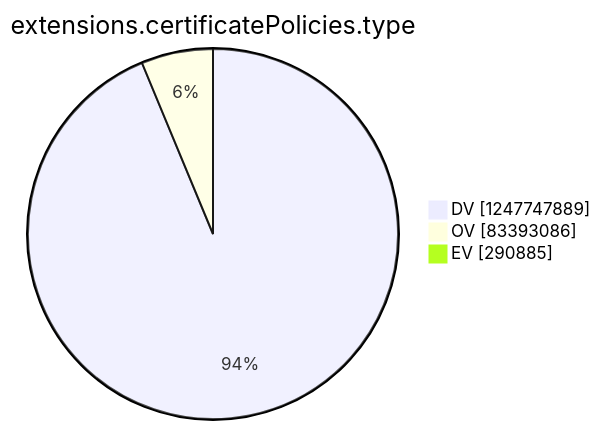
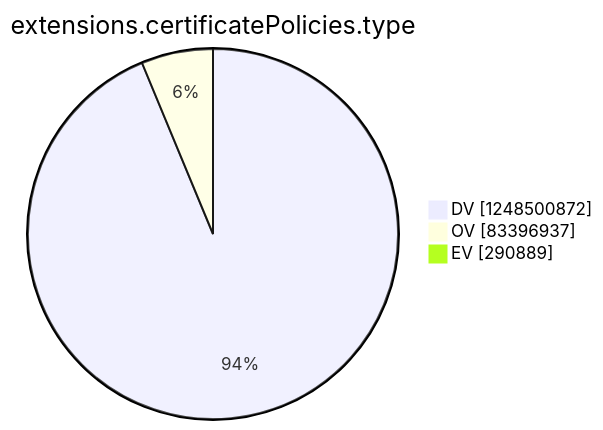
One commit to christiankrug/ctmonitor_visualization changed the tenth of 15 diagrams in argon2022/README.md. Above: the diagram before and after it, drawn with Mermaid. The commit also changed other lines of this file, not shown here.

````diff
--- a/argon2022/README.md
+++ b/argon2022/README.md
@@ -2771,7 +2771,7 @@
 ```mermaid
 pie showData
 title extensions.certificatePolicies.type
-"DV" :1247747889
-"OV" :83393086
-"EV" :290885
+"DV" :1248500872
+"OV" :83396937
+"EV" :290889
 ```
````
